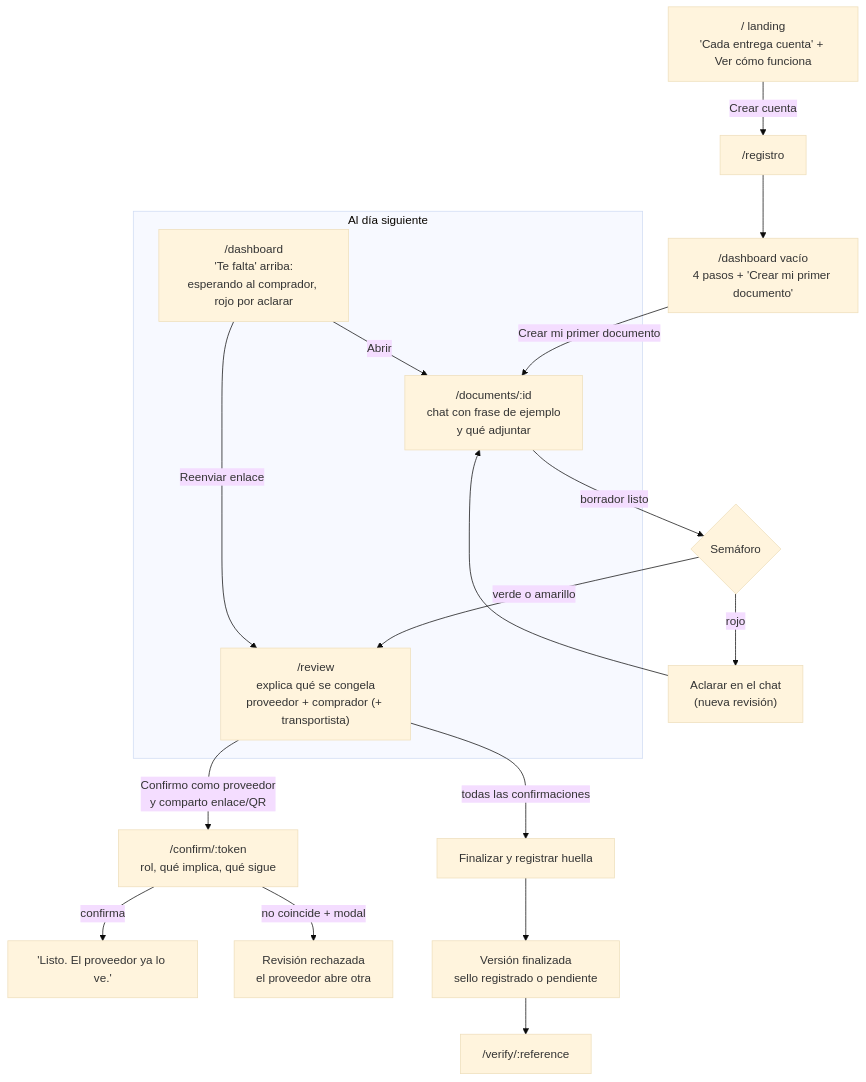
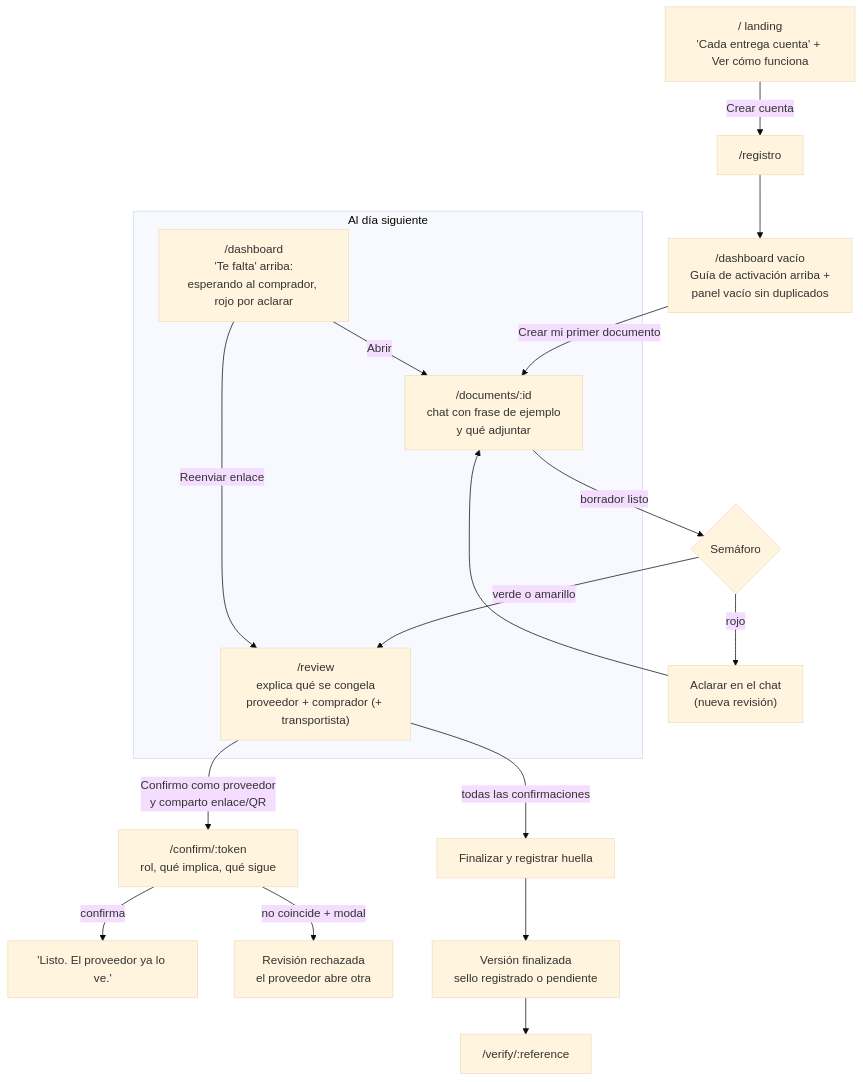
Before and after one commit to nanonoir/galcoa: the second of 2 diagrams in docs/exec-plans/active/onboarding-flujo-usuario.md, drawn with Mermaid (base theme). The commit also changed other lines of this file and 3 other files, not shown here.

````diff
--- a/docs/exec-plans/active/onboarding-flujo-usuario.md
+++ b/docs/exec-plans/active/onboarding-flujo-usuario.md
@@ -99,20 +99,20 @@
 ```mermaid
 flowchart TD
   L["/ landing<br/>'Cada entrega cuenta' + Ver cómo funciona"] -->|Crear cuenta| R["/registro"]
-  R --> D0["/dashboard vacío<br/>4 pasos + 'Crear mi primer documento'"]
+  R --> D0["/dashboard vacío<br/>Guía de activación arriba +<br/>panel vacío sin duplicados"]
   D0 -->|Crear mi primer documento| DOC["/documents/:id<br/>chat con frase de ejemplo<br/>y qué adjuntar"]
   DOC -->|borrador listo| SEM{"Semáforo"}
   SEM -->|rojo| FIX["Aclarar en el chat<br/>(nueva revisión)"] --> DOC
   SEM -->|verde o amarillo| REV["/review<br/>explica qué se congela<br/>proveedor + comprador (+ transportista)"]
   REV -->|Confirmo como proveedor<br/>y comparto enlace/QR| C["/confirm/:token<br/>rol, qué implica, qué sigue"]
   C -->|confirma| OK["'Listo. El proveedor ya lo ve.'"]
   C -->|no coincide + modal| NO["Revisión rechazada<br/>el proveedor abre otra"]
   REV -->|todas las confirmaciones| FIN["Finalizar y registrar huella"]
   FIN --> SEAL["Versión finalizada<br/>sello registrado o pendiente"]
   SEAL --> V["/verify/:reference"]
 
   subgraph DIA2["Al día siguiente"]
     D1["/dashboard<br/>'Te falta' arriba:<br/>esperando al comprador, rojo por aclarar"] -->|Reenviar enlace| REV
     D1 -->|Abrir| DOC
   end
 ```
````
